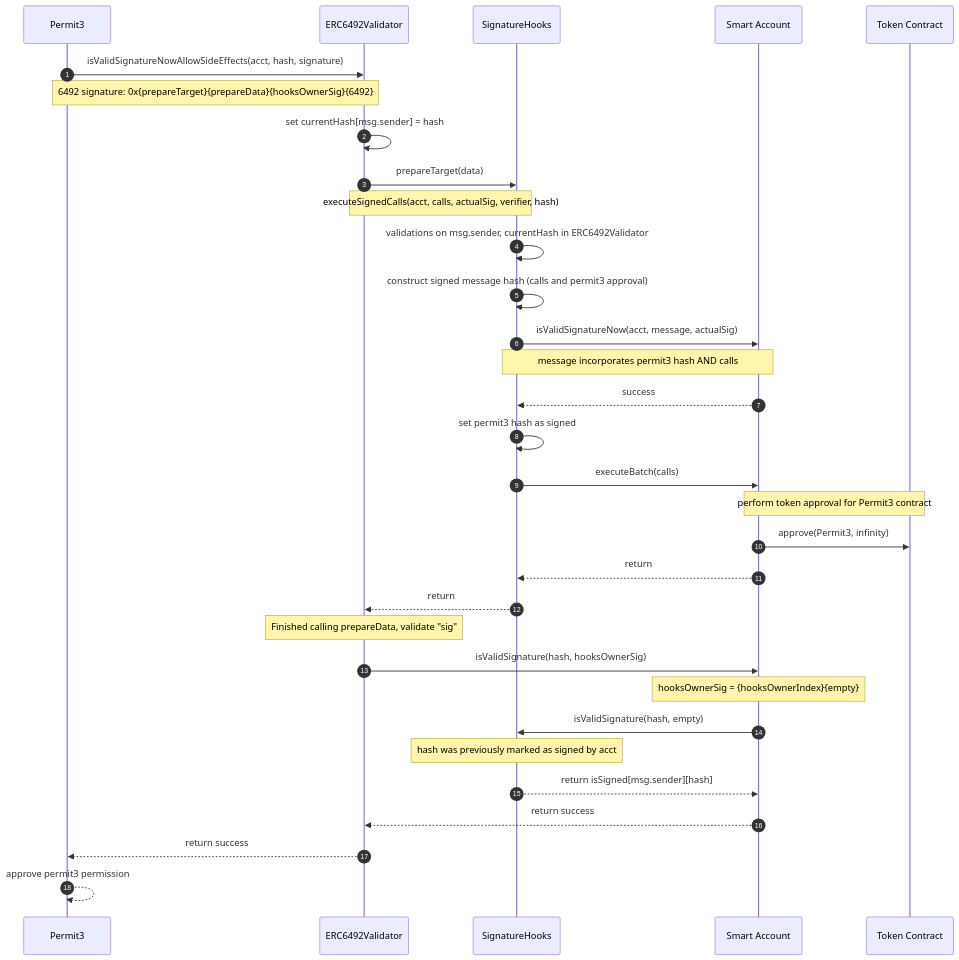
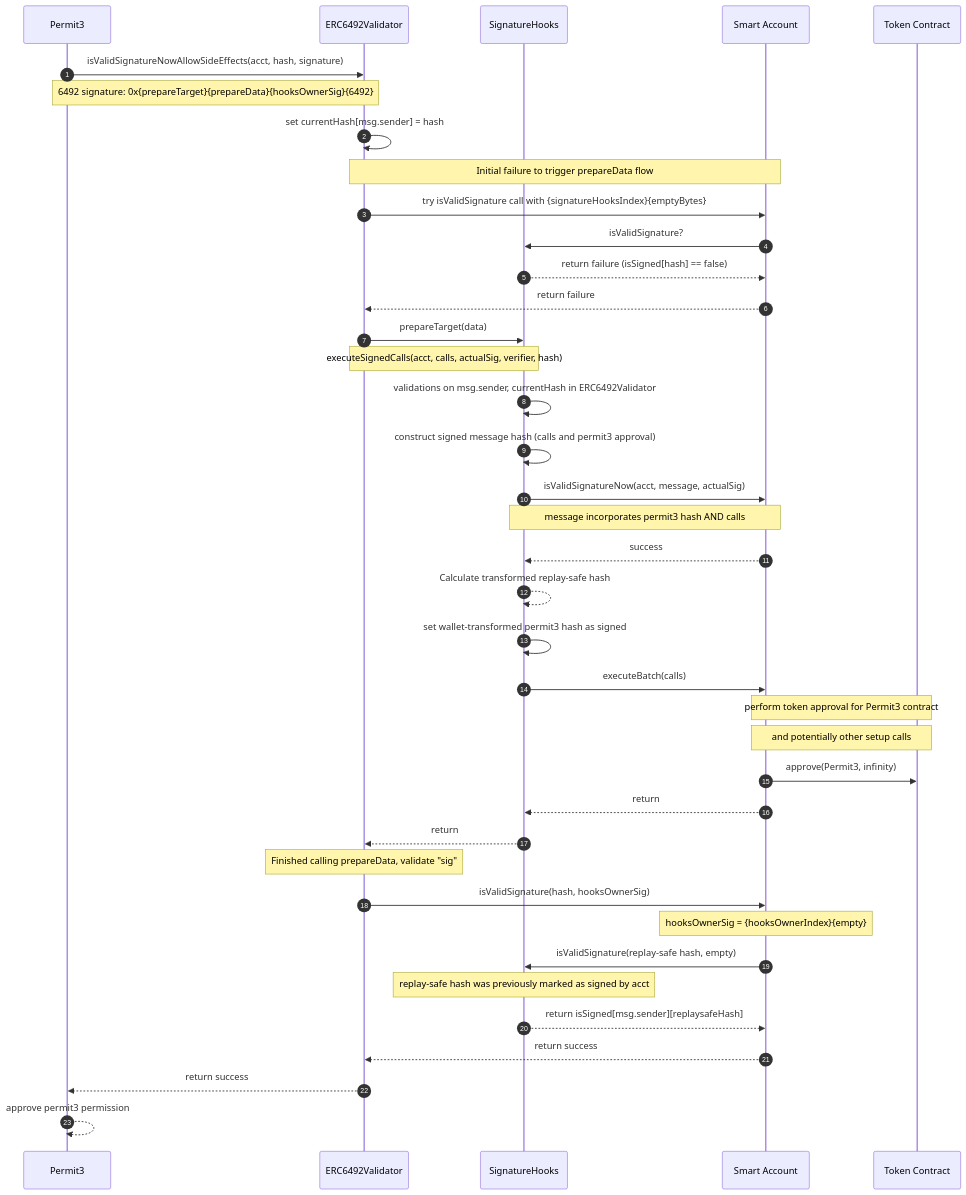
One commit to coinbase/spend-permissions changed the diagram in docs/diagrams/signed-calls-sequence.md. Above: the diagram before and after it, drawn with Mermaid.

Commit message:
sequence diagram for successful signedCalls poc

````diff
--- a/docs/diagrams/signed-calls-sequence.md
+++ b/docs/diagrams/signed-calls-sequence.md
@@ -3,35 +3,42 @@
 ```mermaid
 sequenceDiagram
     autonumber
     participant P as Permit3
     participant V as ERC6492Validator
     participant H as SignatureHooks
     participant A as Smart Account
     participant T as Token Contract
 
     P->>V: isValidSignatureNowAllowSideEffects(acct, hash, signature)
     Note over P,V: 6492 signature: 0x{prepareTarget}{prepareData}{hooksOwnerSig}{6492}
     V->>V: set currentHash[msg.sender] = hash
+    Note over V,A: Initial failure to trigger prepareData flow
+    V->>A: try isValidSignature call with {signatureHooksIndex}{emptyBytes}
+    A->>H: isValidSignature?
+    H-->>A: return failure (isSigned[hash] == false)
+    A-->>V: return failure
     V->> H: prepareTarget(data)
     Note over V,H: executeSignedCalls(acct, calls, actualSig, verifier, hash)
     H->>H: validations on msg.sender, currentHash in ERC6492Validator
     H->>H: construct signed message hash (calls and permit3 approval)
     H->>A: isValidSignatureNow(acct, message, actualSig)
     Note over H,A: message incorporates permit3 hash AND calls
     A-->>H: success
-    H->>H: set permit3 hash as signed
+    H-->>H: Calculate transformed replay-safe hash
+    H->>H: set wallet-transformed permit3 hash as signed
     H->>A: executeBatch(calls)
     Note over A,T: perform token approval for Permit3 contract
+    Note over A,T: and potentially other setup calls
     A->>T: approve(Permit3, infinity)
     A-->>H: return
     H-->>V: return
     Note over V: Finished calling prepareData, validate "sig"
     V->>A: isValidSignature(hash, hooksOwnerSig)
     Note over A: hooksOwnerSig = {hooksOwnerIndex}{empty}
-    A->>H: isValidSignature(hash, empty)
-    Note over H: hash was previously marked as signed by acct
-    H-->>A: return isSigned[msg.sender][hash]
+    A->>H: isValidSignature(replay-safe hash, empty)
+    Note over H: replay-safe hash was previously marked as signed by acct
+    H-->>A: return isSigned[msg.sender][replaysafeHash]
     A-->>V: return success
     V-->>P: return success
     P-->>P: approve permit3 permission
 ```
````
